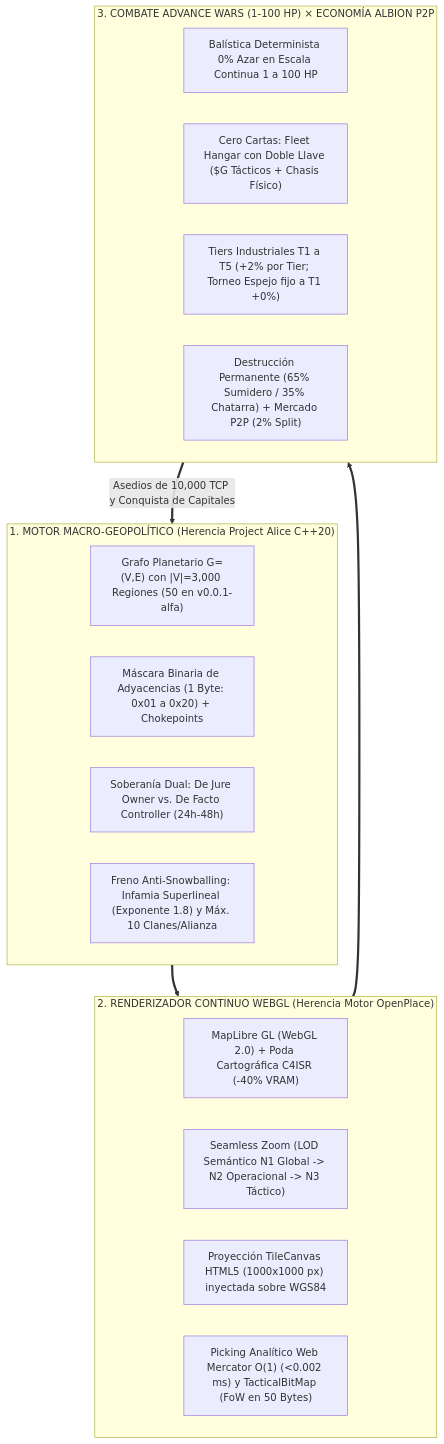
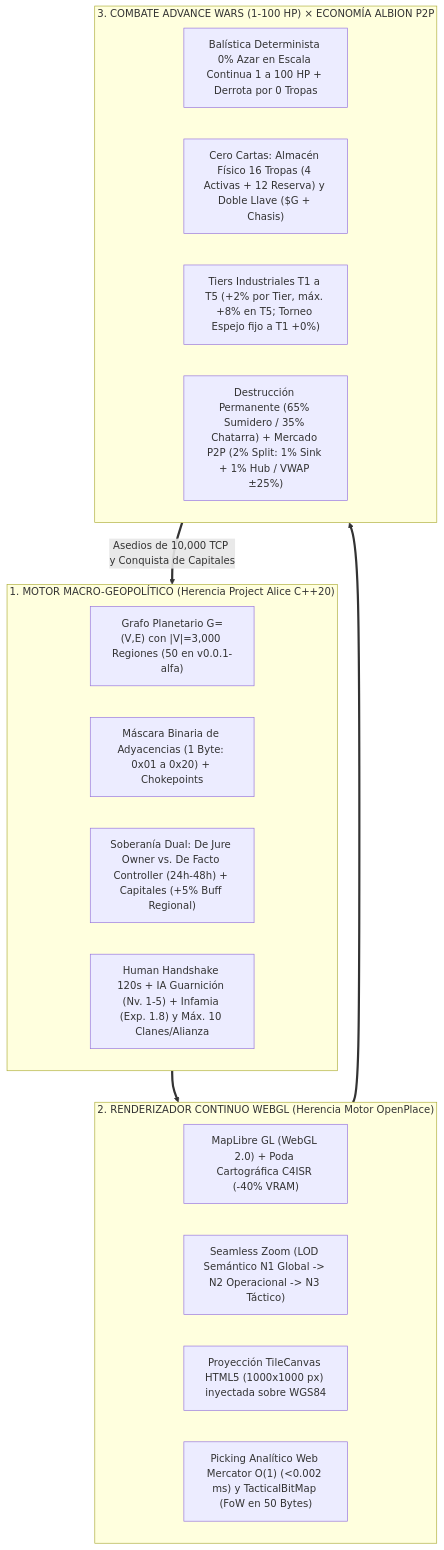
Before and after one commit to davikisea/GEOTACTICS-ONLINE: the first of 6 diagrams in docs/00_GEOTACTICS_ONLINE_MASTER_SPEC.md, drawn with Mermaid. The commit also changed other lines of this file and 352 other files, not shown here.

Commit message:
feat(architecture): migración modular a 4 dominios (@domains/*), consolidación de base de datos y sincronización de suites deterministas

````diff
--- a/docs/00_GEOTACTICS_ONLINE_MASTER_SPEC.md
+++ b/docs/00_GEOTACTICS_ONLINE_MASTER_SPEC.md
@@ -34,27 +34,27 @@
 ```mermaid
 flowchart TD
     subgraph PILAR_1 ["1. MOTOR MACRO-GEOPOLÍTICO (Herencia Project Alice C++20)"]
         A1["Grafo Planetario G=(V,E) con |V|=3,000 Regiones (50 en v0.0.1-alfa)"]
         A2["Máscara Binaria de Adyacencias (1 Byte: 0x01 a 0x20) + Chokepoints"]
-        A3["Soberanía Dual: De Jure Owner vs. De Facto Controller (24h-48h)"]
-        A4["Freno Anti-Snowballing: Infamia Superlineal (Exponente 1.8) y Máx. 10 Clanes/Alianza"]
+        A3["Soberanía Dual: De Jure Owner vs. De Facto Controller (24h-48h) + Capitales (+5% Buff Regional)"]
+        A4["Human Handshake 120s + IA Guarnición (Nv. 1-5) + Infamia (Exp. 1.8) y Máx. 10 Clanes/Alianza"]
     end
 
     subgraph PILAR_2 ["2. RENDERIZADOR CONTINUO WEBGL (Herencia Motor OpenPlace)"]
         O1["MapLibre GL (WebGL 2.0) + Poda Cartográfica C4ISR (-40% VRAM)"]
         O2["Seamless Zoom (LOD Semántico N1 Global -> N2 Operacional -> N3 Táctico)"]
         O3["Proyección TileCanvas HTML5 (1000x1000 px) inyectada sobre WGS84"]
         O4["Picking Analítico Web Mercator O(1) (<0.002 ms) y TacticalBitMap (FoW en 50 Bytes)"]
     end
 
     subgraph PILAR_3 ["3. COMBATE ADVANCE WARS (1-100 HP) × ECONOMÍA ALBION P2P"]
-        C1["Balística Determinista 0% Azar en Escala Continua 1 a 100 HP"]
-        C2["Cero Cartas: Fleet Hangar con Doble Llave ($G Tácticos + Chasis Físico)"]
-        C3["Tiers Industriales T1 a T5 (+2% por Tier; Torneo Espejo fijo a T1 +0%)"]
-        C4["Destrucción Permanente (65% Sumidero / 35% Chatarra) + Mercado P2P (2% Split)"]
+        C1["Balística Determinista 0% Azar en Escala Continua 1 a 100 HP + Derrota por 0 Tropas"]
+        C2["Cero Cartas: Almacén Físico 16 Tropas (4 Activas + 12 Reserva) y Doble Llave ($G + Chasis)"]
+        C3["Tiers Industriales T1 a T5 (+2% por Tier, máx. +8% en T5; Torneo Espejo fijo a T1 +0%)"]
+        C4["Destrucción Permanente (65% Sumidero / 35% Chatarra) + Mercado P2P (2% Split: 1% Sink + 1% Hub / VWAP ±25%)"]
     end
 
     PILAR_1 ==> PILAR_2
     PILAR_2 ==> PILAR_3
     PILAR_3 ==>|"Asedios de 10,000 TCP y Conquista de Capitales"| PILAR_1
 ```
````
